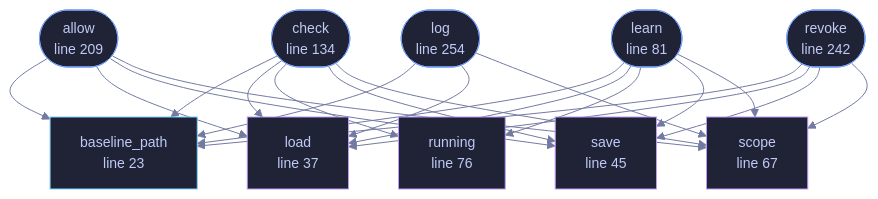
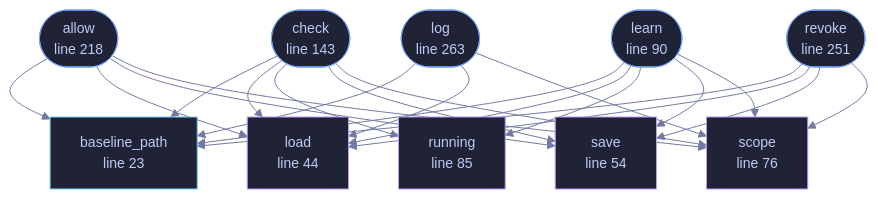
The diagram in docs/files/veilvoice-cli/appctl.md (tilas01/veilvoice), drawn with Mermaid before and after one commit. The commit also changed other lines of this file and 85 other files, not shown here.

````diff
--- a/docs/files/veilvoice-cli/appctl.md
+++ b/docs/files/veilvoice-cli/appctl.md
@@ -72,51 +72,51 @@
 ```mermaid
 %%{init: {"theme":"base","themeVariables":{"background":"#1a1b26","primaryColor":"#1f2335","primaryTextColor":"#c0caf5","primaryBorderColor":"#7aa2f7","secondaryColor":"#16161e","tertiaryColor":"#16161e","lineColor":"#737aa2","textColor":"#c0caf5","mainBkg":"#1f2335","nodeBorder":"#7aa2f7","clusterBkg":"#16161e","clusterBorder":"#2f3549","fontFamily":"ui-monospace, SFMono-Regular, Consolas, monospace","fontSize":"14px"}}}%%
 flowchart TD
     n_baseline_path["baseline_path<br/>line 23"]
-    n_load["load<br/>line 37"]
-    n_save["save<br/>line 45"]
-    n_scope["scope<br/>line 67"]
-    n_running["running<br/>line 76"]
-    n_learn(["learn<br/>line 81"])
-    n_check(["check<br/>line 134"])
-    n_allow(["allow<br/>line 209"])
-    n_revoke(["revoke<br/>line 242"])
-    n_log(["log<br/>line 254"])
+    n_load["load<br/>line 44"]
+    n_save["save<br/>line 54"]
+    n_scope["scope<br/>line 76"]
+    n_running["running<br/>line 85"]
+    n_learn(["learn<br/>line 90"])
+    n_check(["check<br/>line 143"])
+    n_allow(["allow<br/>line 218"])
+    n_revoke(["revoke<br/>line 251"])
+    n_log(["log<br/>line 263"])
     n_allow --> n_baseline_path
     n_allow --> n_load
     n_allow --> n_save
     n_allow --> n_scope
     n_check --> n_baseline_path
     n_check --> n_load
     n_check --> n_running
     n_check --> n_save
     n_check --> n_scope
     n_learn --> n_baseline_path
     n_learn --> n_load
     n_learn --> n_running
     n_learn --> n_save
     n_learn --> n_scope
     n_log --> n_baseline_path
     n_log --> n_load
     n_log --> n_scope
     n_revoke --> n_baseline_path
     n_revoke --> n_load
     n_revoke --> n_save
     n_revoke --> n_scope
     click n_baseline_path href "https://github.com/tilas01/veilvoice/blob/main/crates/veilvoice-cli/src/appctl.rs#L23" "open the source"
-    click n_load href "https://github.com/tilas01/veilvoice/blob/main/crates/veilvoice-cli/src/appctl.rs#L37" "open the source"
-    click n_save href "https://github.com/tilas01/veilvoice/blob/main/crates/veilvoice-cli/src/appctl.rs#L45" "open the source"
-    click n_scope href "https://github.com/tilas01/veilvoice/blob/main/crates/veilvoice-cli/src/appctl.rs#L67" "open the source"
-    click n_running href "https://github.com/tilas01/veilvoice/blob/main/crates/veilvoice-cli/src/appctl.rs#L76" "open the source"
-    click n_learn href "https://github.com/tilas01/veilvoice/blob/main/crates/veilvoice-cli/src/appctl.rs#L81" "open the source"
-    click n_check href "https://github.com/tilas01/veilvoice/blob/main/crates/veilvoice-cli/src/appctl.rs#L134" "open the source"
-    click n_allow href "https://github.com/tilas01/veilvoice/blob/main/crates/veilvoice-cli/src/appctl.rs#L209" "open the source"
-    click n_revoke href "https://github.com/tilas01/veilvoice/blob/main/crates/veilvoice-cli/src/appctl.rs#L242" "open the source"
-    click n_log href "https://github.com/tilas01/veilvoice/blob/main/crates/veilvoice-cli/src/appctl.rs#L254" "open the source"
+    click n_load href "https://github.com/tilas01/veilvoice/blob/main/crates/veilvoice-cli/src/appctl.rs#L44" "open the source"
+    click n_save href "https://github.com/tilas01/veilvoice/blob/main/crates/veilvoice-cli/src/appctl.rs#L54" "open the source"
+    click n_scope href "https://github.com/tilas01/veilvoice/blob/main/crates/veilvoice-cli/src/appctl.rs#L76" "open the source"
+    click n_running href "https://github.com/tilas01/veilvoice/blob/main/crates/veilvoice-cli/src/appctl.rs#L85" "open the source"
+    click n_learn href "https://github.com/tilas01/veilvoice/blob/main/crates/veilvoice-cli/src/appctl.rs#L90" "open the source"
+    click n_check href "https://github.com/tilas01/veilvoice/blob/main/crates/veilvoice-cli/src/appctl.rs#L143" "open the source"
+    click n_allow href "https://github.com/tilas01/veilvoice/blob/main/crates/veilvoice-cli/src/appctl.rs#L218" "open the source"
+    click n_revoke href "https://github.com/tilas01/veilvoice/blob/main/crates/veilvoice-cli/src/appctl.rs#L251" "open the source"
+    click n_log href "https://github.com/tilas01/veilvoice/blob/main/crates/veilvoice-cli/src/appctl.rs#L263" "open the source"
     classDef entry fill:#1f2335,stroke:#7aa2f7,color:#c0caf5
     class n_learn,n_check,n_allow,n_revoke,n_log entry
     classDef api fill:#1f2335,stroke:#7dcfff,color:#c0caf5
     class n_baseline_path api
     classDef helper fill:#1f2335,stroke:#bb9af7,color:#c0caf5
     class n_load,n_save,n_scope,n_running helper
 ```
````
